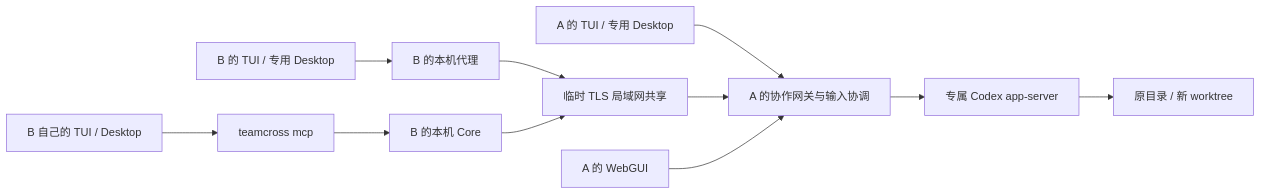
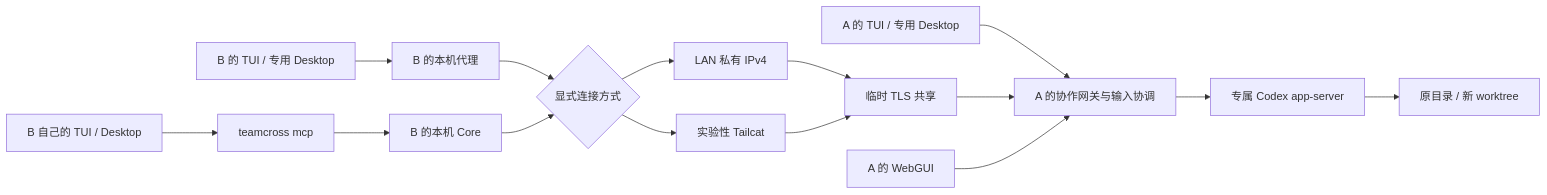
The diagram in docs/agent-wiki/sources/architecture.md (YTwsy/Team-Cross), drawn with Mermaid before and after one commit. The commit also changed other lines of this file and 44 other files, not shown here.

Commit message:
feat: add explicit Tailcat collaboration transport

````diff
--- a/docs/agent-wiki/sources/architecture.md
+++ b/docs/agent-wiki/sources/architecture.md
@@ -7,13 +7,17 @@
 ```mermaid
 flowchart LR
   AT[A 的 TUI / 专用 Desktop] --> AG
   BT[B 的 TUI / 专用 Desktop] --> BP[B 的本机代理]
   BM[B 自己的 TUI / Desktop] --> MCP[teamcross mcp]
   MCP --> BC[B 的本机 Core]
-  BP --> LAN[临时 TLS 局域网共享]
-  BC --> LAN
-  LAN --> AG[A 的协作网关与输入协调]
+  BP --> TRANSPORT{显式连接方式}
+  BC --> TRANSPORT
+  TRANSPORT --> LAN[LAN 私有 IPv4]
+  TRANSPORT --> TC[实验性 Tailcat]
+  LAN --> TLS[临时 TLS 共享]
+  TC --> TLS
+  TLS --> AG[A 的协作网关与输入协调]
   AW[A 的 WebGUI] --> AG
   AG --> AS[专属 Codex app-server]
   AS --> FS[原目录 / 新 worktree]
 ```
````
